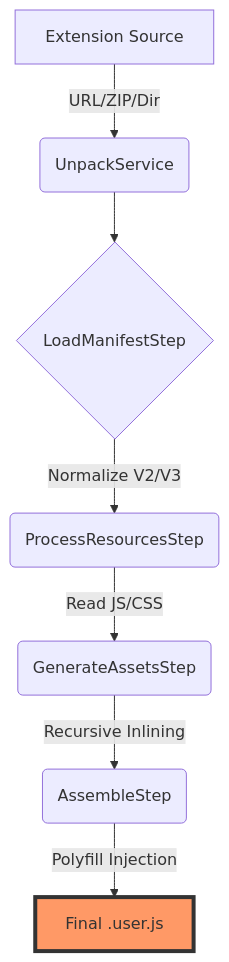
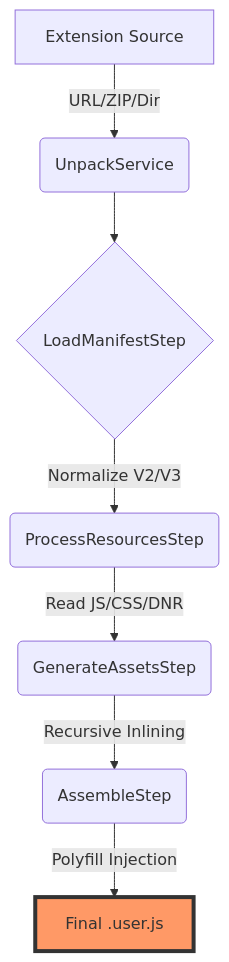
Before and after one commit to johnlikescarrot/to-userscript: the diagram in README.md, drawn with Mermaid. The commit also changed other lines of this file and 17 other files, not shown here.

````diff
--- a/README.md
+++ b/README.md
@@ -73,11 +72,11 @@
 ```mermaid
 graph TD
     A[Extension Source] -->|URL/ZIP/Dir| B(UnpackService)
     B --> C{LoadManifestStep}
     C -->|Normalize V2/V3| D(ProcessResourcesStep)
-    D -->|Read JS/CSS| E(GenerateAssetsStep)
+    D -->|Read JS/CSS/DNR| E(GenerateAssetsStep)
     E -->|Recursive Inlining| F(AssembleStep)
     F -->|Polyfill Injection| G[Final .user.js]
 
     style G fill:#f96,stroke:#333,stroke-width:4px
 ```
````
